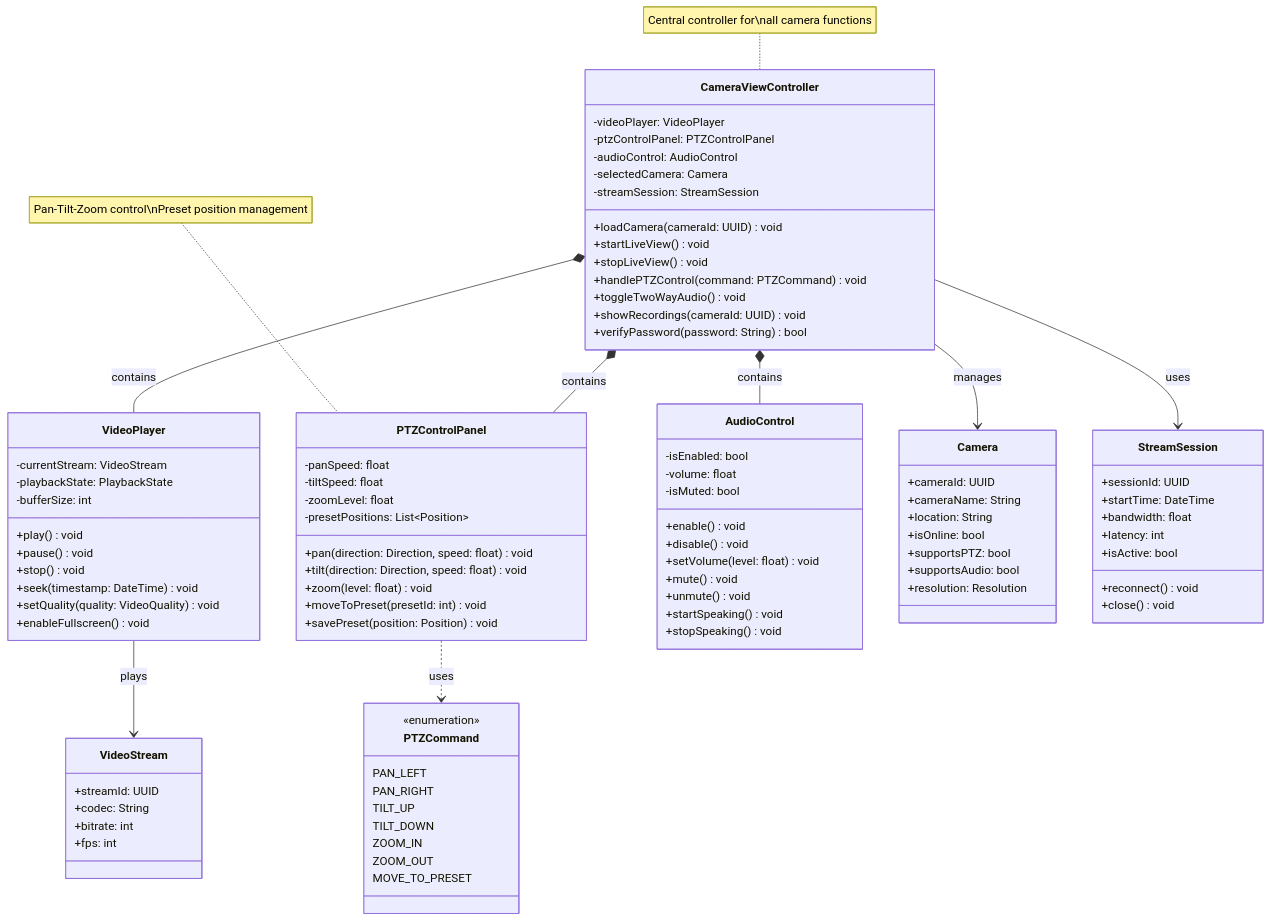
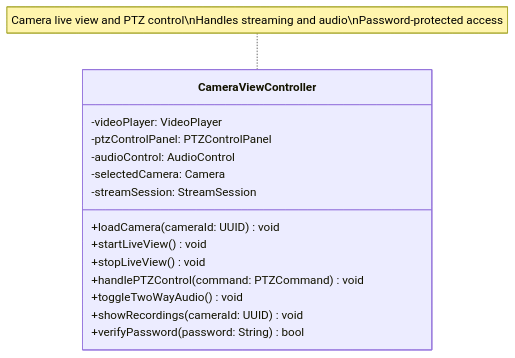
Before and after one commit to mj010101/swe_25f: the third of 11 diagrams in diagrams/presentation_class_diagram.md, drawn with Mermaid. The commit also changed other lines of this file and 1 other file, not shown here.

Commit message:
fix: presentation layer diagram

````diff
--- a/diagrams/presentation_class_diagram.md
+++ b/diagrams/presentation_class_diagram.md
@@ -246,5 +80,7 @@
 ```mermaid
 classDiagram
+    direction TB
+
     class CameraViewController {
         -videoPlayer: VideoPlayer
         -ptzControlPanel: PTZControlPanel
@@ -260,89 +96,5 @@
         +verifyPassword(password: String) bool
     }
 
-    class VideoPlayer {
-        -currentStream: VideoStream
-        -playbackState: PlaybackState
-        -bufferSize: int
-        +play() void
-        +pause() void
-        +stop() void
-        +seek(timestamp: DateTime) void
-        +setQuality(quality: VideoQuality) void
-        +enableFullscreen() void
-    }
-
-    class PTZControlPanel {
-        -panSpeed: float
-        -tiltSpeed: float
-        -zoomLevel: float
-        -presetPositions: List~Position~
-        +pan(direction: Direction, speed: float) void
-        +tilt(direction: Direction, speed: float) void
-        +zoom(level: float) void
-        +moveToPreset(presetId: int) void
-        +savePreset(position: Position) void
-    }
-
-    class AudioControl {
-        -isEnabled: bool
-        -volume: float
-        -isMuted: bool
-        +enable() void
-        +disable() void
-        +setVolume(level: float) void
-        +mute() void
-        +unmute() void
-        +startSpeaking() void
-        +stopSpeaking() void
-    }
-
-    class Camera {
-        +cameraId: UUID
-        +cameraName: String
-        +location: String
-        +isOnline: bool
-        +supportsPTZ: bool
-        +supportsAudio: bool
-        +resolution: Resolution
-    }
-
-    class StreamSession {
-        +sessionId: UUID
-        +startTime: DateTime
-        +bandwidth: float
-        +latency: int
-        +isActive: bool
-        +reconnect() void
-        +close() void
-    }
-
-    class PTZCommand {
-        <<enumeration>>
-        PAN_LEFT
-        PAN_RIGHT
-        TILT_UP
-        TILT_DOWN
-        ZOOM_IN
-        ZOOM_OUT
-        MOVE_TO_PRESET
-    }
-
-    class VideoStream {
-        +streamId: UUID
-        +codec: String
-        +bitrate: int
-        +fps: int
-    }
-
-    CameraViewController *-- VideoPlayer : contains
-    CameraViewController *-- PTZControlPanel : contains
-    CameraViewController *-- AudioControl : contains
-    CameraViewController --> Camera : manages
-    CameraViewController --> StreamSession : uses
-    VideoPlayer --> VideoStream : plays
-    PTZControlPanel ..> PTZCommand : uses
-
-    note for CameraViewController "Central controller for\nall camera functions"
-    note for PTZControlPanel "Pan-Tilt-Zoom control\nPreset position management"
+    note for CameraViewController "Camera live view and PTZ control\nHandles streaming and audio\nPassword-protected access"
 ```
````
